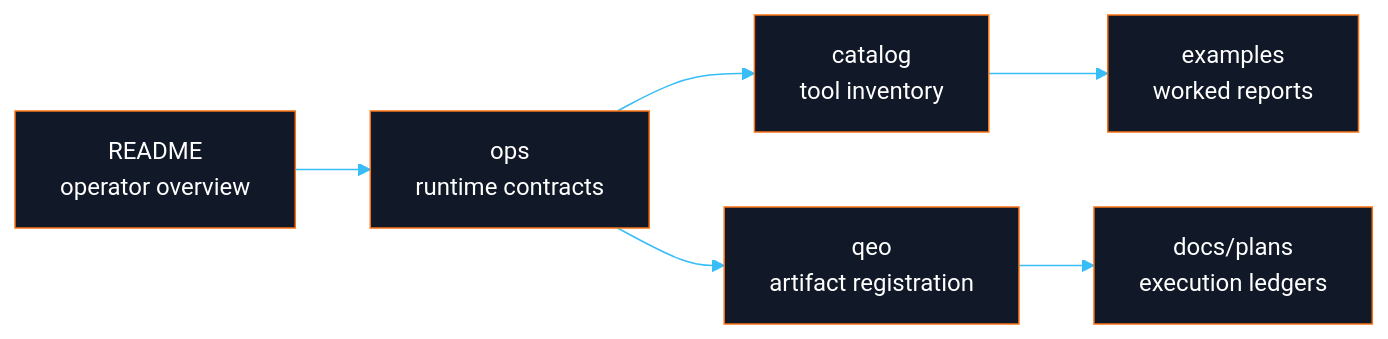
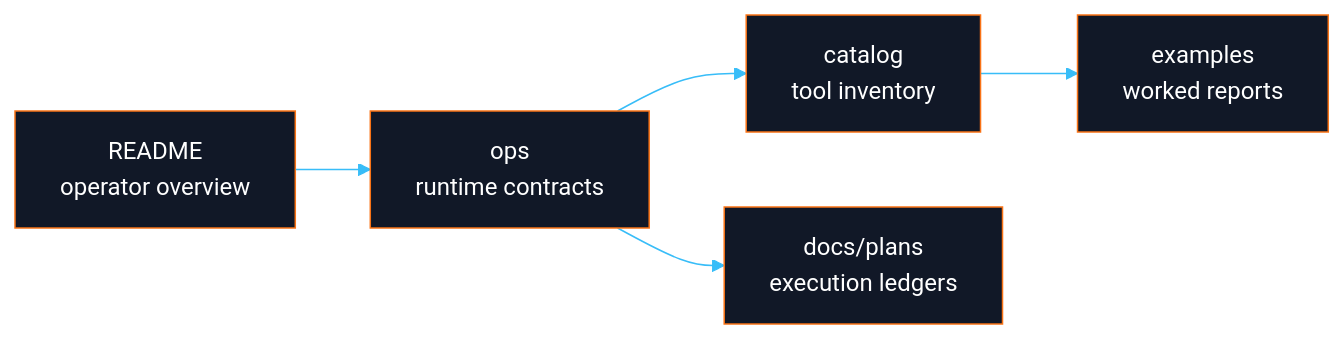
Before and after one commit to Daylily-Informatics/daylily-omics-analysis: the diagram in docs/README.md, drawn with Mermaid. The commit also changed other lines of this file and 25 other files, not shown here.

````diff
--- a/docs/README.md
+++ b/docs/README.md
@@ -26,9 +20,8 @@
 ```mermaid
 %%{init: {"theme":"base","themeVariables":{"primaryColor":"#111827","primaryTextColor":"#ffffff","primaryBorderColor":"#f97316","lineColor":"#38bdf8","secondaryColor":"#0f766e","tertiaryColor":"#581c87","fontFamily":"Inter,Arial,sans-serif"}}}%%
 flowchart LR
   Readme["README<br/>operator overview"] --> Ops["ops<br/>runtime contracts"]
   Ops --> Catalog["catalog<br/>tool inventory"]
-  Ops --> QEO["qeo<br/>artifact registration"]
   Catalog --> Examples["examples<br/>worked reports"]
-  QEO --> Plans["docs/plans<br/>execution ledgers"]
+  Ops --> Plans["docs/plans<br/>execution ledgers"]
 ```
````
